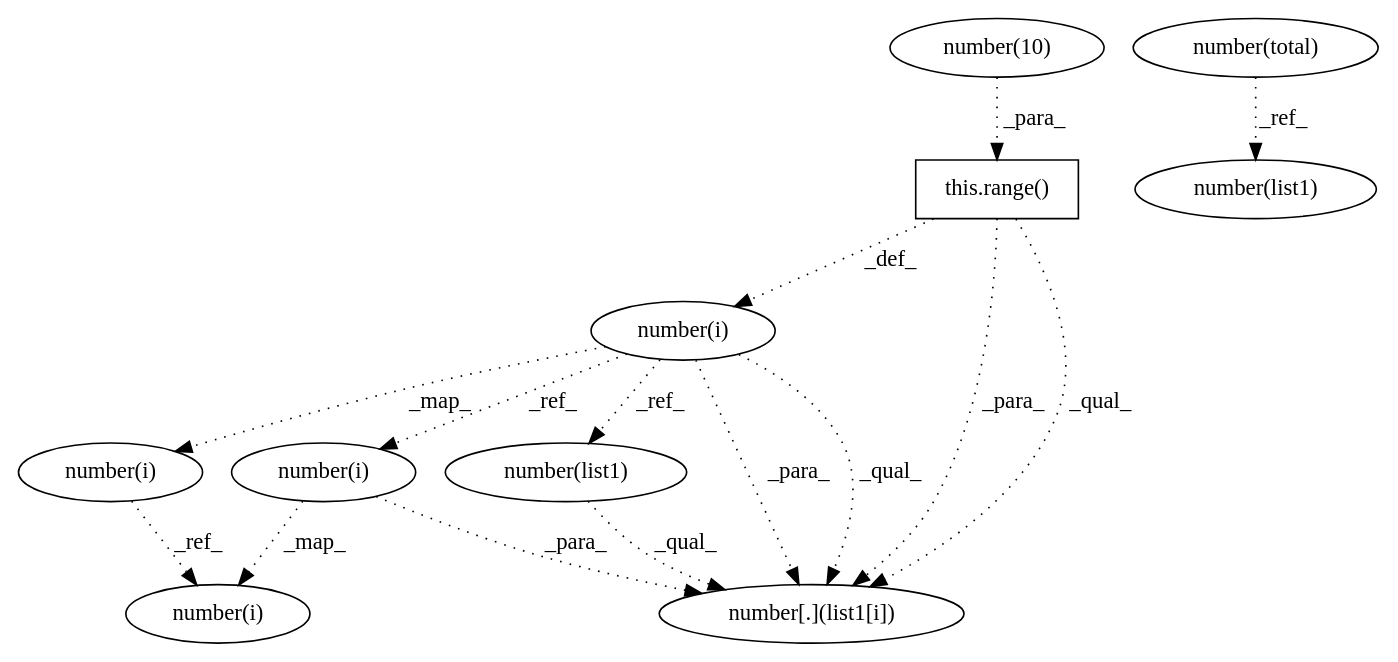
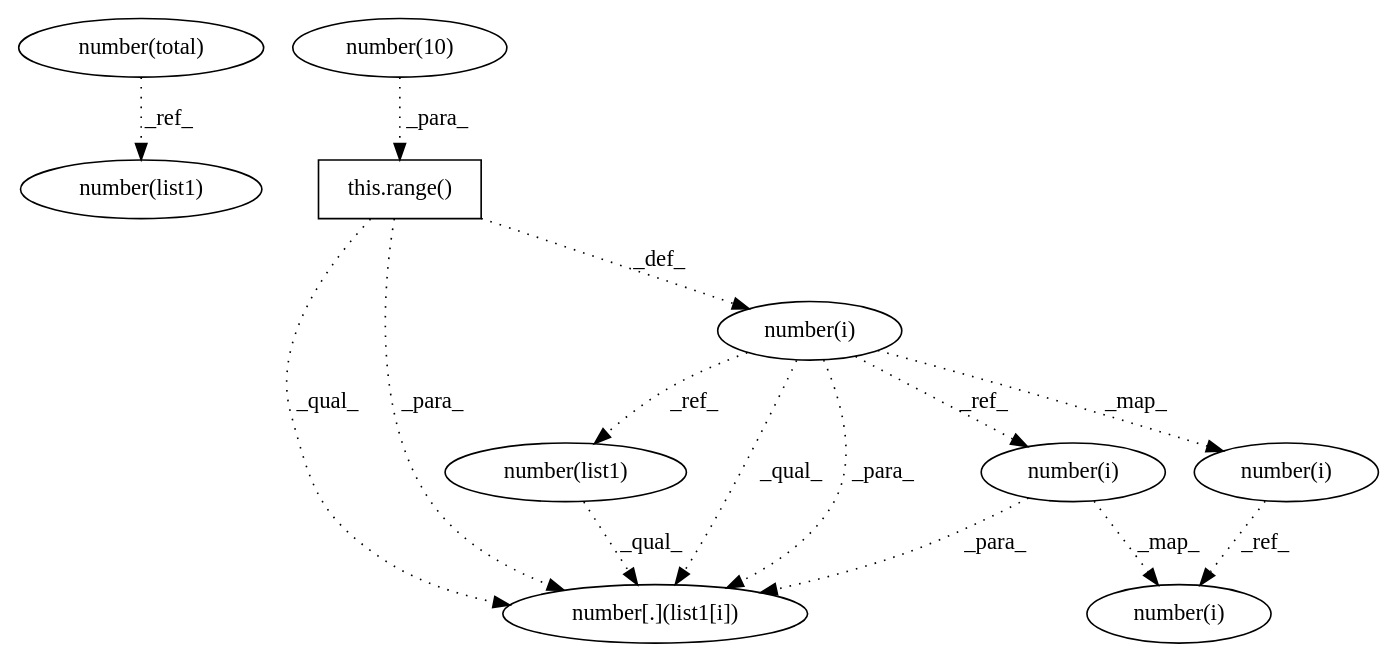
Before and after one commit to maldil/R-CPATMiner: the diagram in AtomicASTChangeMining/OUTPUT/DEBUG/71a8e803195794d18f4a0dcf7d81ec8515595fdf___1.dot, drawn with Graphviz. The commit also changed 76 other files, not shown here.

```diff
--- a/AtomicASTChangeMining/OUTPUT/DEBUG/71a8e803195794d18f4a0dcf7d81ec8515595fdf___1.dot
+++ b/AtomicASTChangeMining/OUTPUT/DEBUG/71a8e803195794d18f4a0dcf7d81ec8515595fdf___1.dot
@@ -1,26 +1,26 @@
 digraph G {
-1 [label="number(i)" shape=ellipse]
-2 [label="number(10)" shape=ellipse]
-3 [label="number(list1)" shape=ellipse]
-4 [label="number(list1)" shape=ellipse]
+1 [label="number(total)" shape=ellipse]
+2 [label="number(list1)" shape=ellipse]
+3 [label="number[.](list1[i])" shape=ellipse]
+4 [label="this.range()" shape=box]
 5 [label="number(i)" shape=ellipse]
 6 [label="number(i)" shape=ellipse]
 7 [label="number(i)" shape=ellipse]
-8 [label="number[.](list1[i])" shape=ellipse]
-9 [label="number(total)" shape=ellipse]
-10 [label="this.range()" shape=box]
-10 -> 1 [label="_def_" style=dotted];
-1 -> 3 [label="_ref_" style=dotted];
-9 -> 4 [label="_ref_" style=dotted];
-1 -> 5 [label="_ref_" style=dotted];
-7 -> 6 [label="_ref_" style=dotted];
-5 -> 6 [label="_map_" style=dotted];
-1 -> 7 [label="_map_" style=dotted];
-3 -> 8 [label="_qual_" style=dotted];
-5 -> 8 [label="_para_" style=dotted];
-1 -> 8 [label="_para_" style=dotted];
-10 -> 8 [label="_para_" style=dotted];
-1 -> 8 [label="_qual_" style=dotted];
-10 -> 8 [label="_qual_" style=dotted];
-2 -> 10 [label="_para_" style=dotted];
+8 [label="number(list1)" shape=ellipse]
+9 [label="number(i)" shape=ellipse]
+10 [label="number(10)" shape=ellipse]
+7 -> 2 [label="_ref_" style=dotted];
+2 -> 3 [label="_qual_" style=dotted];
+5 -> 3 [label="_para_" style=dotted];
+7 -> 3 [label="_qual_" style=dotted];
+4 -> 3 [label="_qual_" style=dotted];
+7 -> 3 [label="_para_" style=dotted];
+4 -> 3 [label="_para_" style=dotted];
+10 -> 4 [label="_para_" style=dotted];
+7 -> 5 [label="_ref_" style=dotted];
+7 -> 6 [label="_map_" style=dotted];
+4 -> 7 [label="_def_" style=dotted];
+1 -> 8 [label="_ref_" style=dotted];
+6 -> 9 [label="_ref_" style=dotted];
+5 -> 9 [label="_map_" style=dotted];
 }
```
